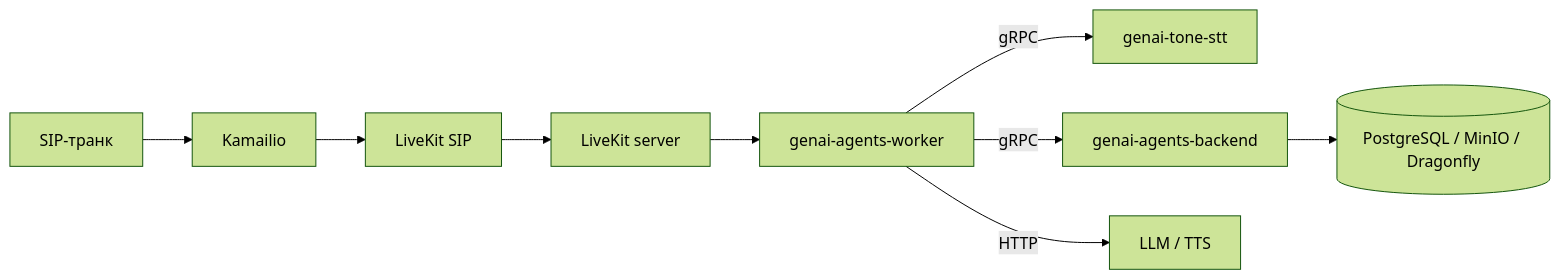
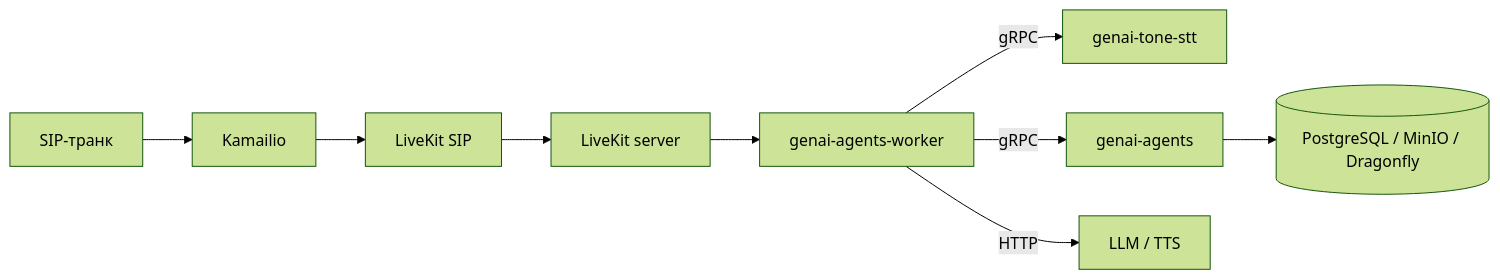
One commit to GenAI-VoiceBot/.github changed the diagram in profile/README.md. Above: the diagram before and after it, drawn with Mermaid (forest theme). The commit also changed other lines of this file, not shown here.

Commit message:
docs: reference genai-agents in repository map

````diff
--- a/profile/README.md
+++ b/profile/README.md
@@ -7,11 +7,11 @@
 ```mermaid
 flowchart LR
   SIP[SIP-транк] --> KAM[Kamailio]
   KAM --> LSIP[LiveKit SIP]
   LSIP --> LK[LiveKit server]
   LK --> W[genai-agents-worker]
   W -->|gRPC| ASR[genai-tone-stt]
-  W -->|gRPC| B[genai-agents-backend]
+  W -->|gRPC| B[genai-agents]
   W -->|HTTP| LLM[LLM / TTS]
   B --> DB[(PostgreSQL / MinIO / Dragonfly)]
 ```
````
